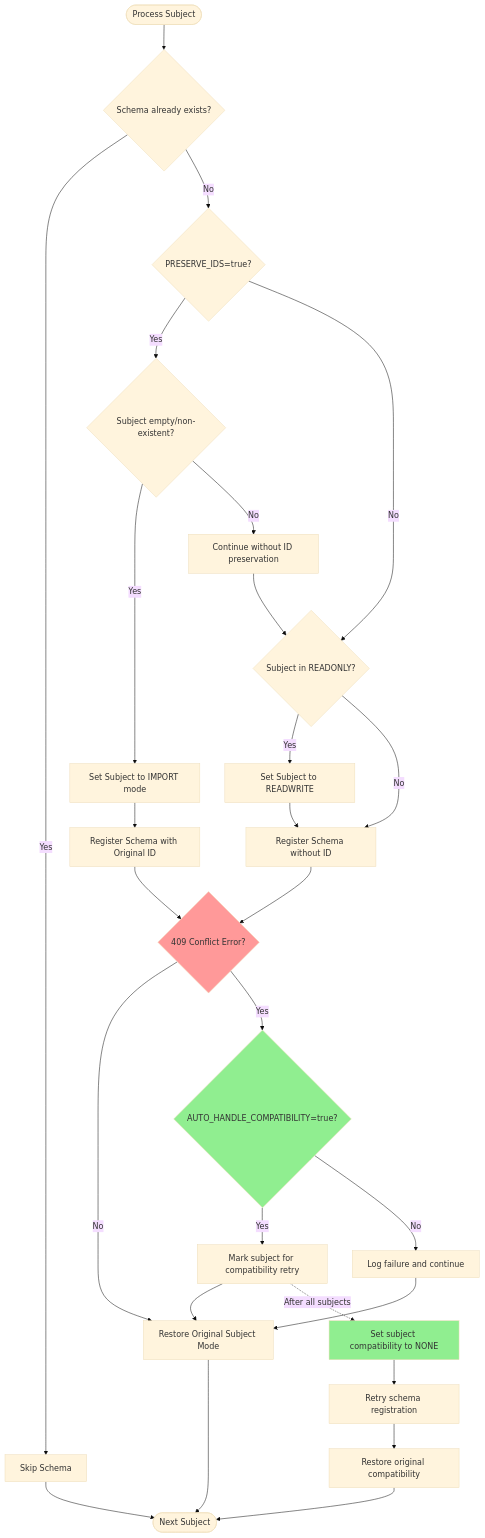
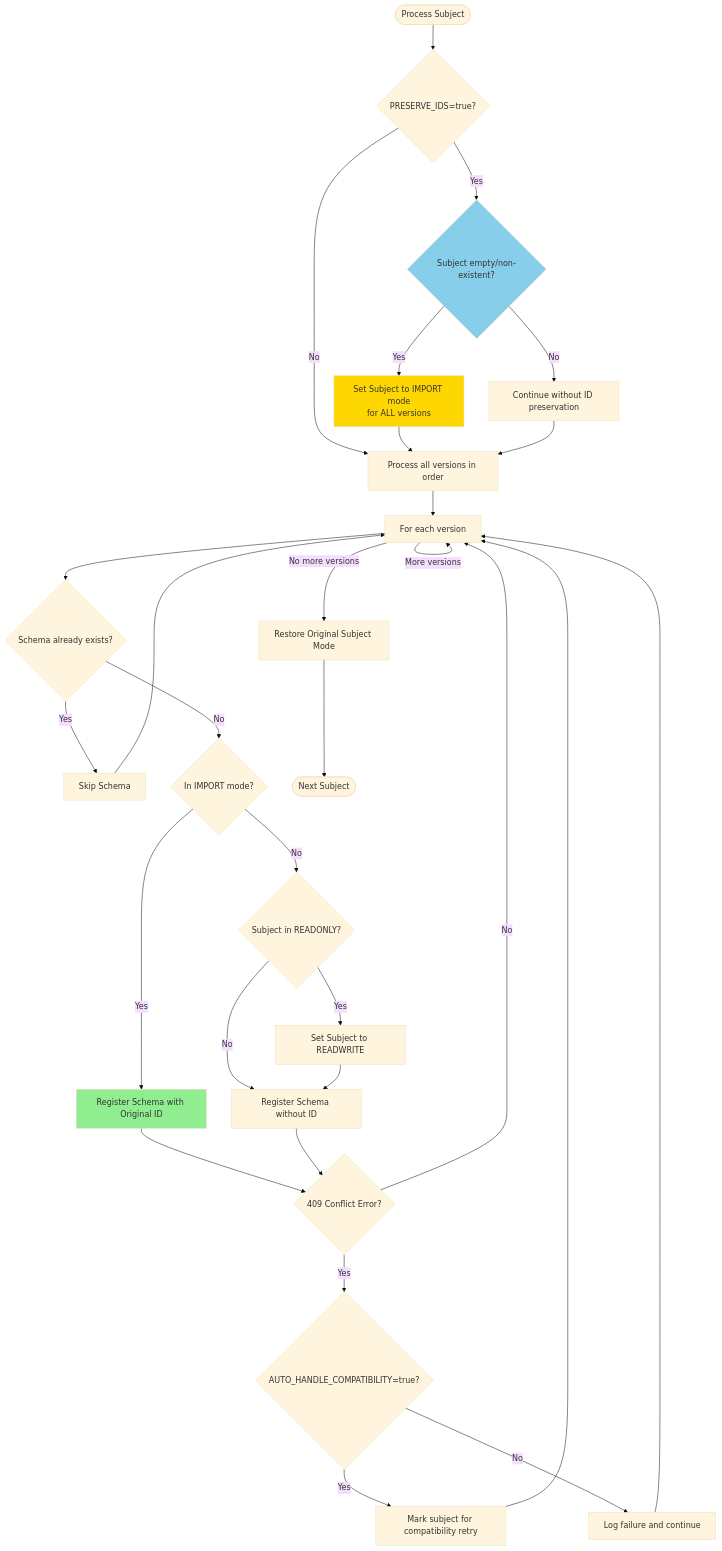
One commit to aywengo/kafka-schema-reg-migrator changed the second of 19 diagrams in migration-flow.md. Above: the diagram before and after it, drawn with Mermaid (base theme). The commit also changed other lines of this file and 1 other file, not shown here.

First line of the commit message:
Refactor schema migration logic to enhance ID preservation and mode management

````diff
--- a/migration-flow.md
+++ b/migration-flow.md
@@ -87,17 +87,22 @@
 flowchart TD
     StartSubject([Process Subject])
     
-    %% Check if schema exists
+    %% Check if subject is empty for ID preservation
+    CheckPreserveID{PRESERVE_IDS=true?}
+    CheckSubjectEmpty{Subject empty/non-existent?}
+    SetSubjectImport[Set Subject to IMPORT mode<br/>for ALL versions]
+    SkipIDPreservation[Continue without ID preservation]
+    
+    %% Process versions
+    ProcessVersions[Process all versions in order]
+    
+    %% For each version
+    ForEachVersion[For each version]
     CheckExists{Schema already exists?}
     SkipSchema[Skip Schema]
     
-    %% ID Preservation
-    CheckPreserveID{PRESERVE_IDS=true?}
-    CheckSubjectEmpty{Subject empty/non-existent?}
-    SetSubjectImport[Set Subject to IMPORT mode]
-    SkipIDPreservation[Continue without ID preservation]
-    
-    %% Mode Handling
+    %% Mode Handling (only if not in IMPORT)
+    CheckImportMode{In IMPORT mode?}
     CheckReadOnly{Subject in READONLY?}
     SetReadWrite[Set Subject to READWRITE]
     
@@ -114,26 +119,26 @@
     %% Restore Mode
     RestoreMode[Restore Original Subject Mode]
     
-    %% Compatibility Retry Phase
-    SetCompatNone[Set subject compatibility to NONE]
-    RetryRegistration[Retry schema registration]
-    RestoreCompat[Restore original compatibility]
-    
     NextSubject([Next Subject])
     
     %% Flow
-    StartSubject --> CheckExists
-    CheckExists -->|Yes| SkipSchema
-    CheckExists -->|No| CheckPreserveID
-    SkipSchema --> NextSubject
-    
+    StartSubject --> CheckPreserveID
     CheckPreserveID -->|Yes| CheckSubjectEmpty
-    CheckPreserveID -->|No| CheckReadOnly
+    CheckPreserveID -->|No| ProcessVersions
     
     CheckSubjectEmpty -->|Yes| SetSubjectImport
     CheckSubjectEmpty -->|No| SkipIDPreservation
-    SetSubjectImport --> RegisterWithID
-    SkipIDPreservation --> CheckReadOnly
+    SetSubjectImport --> ProcessVersions
+    SkipIDPreservation --> ProcessVersions
+    
+    ProcessVersions --> ForEachVersion
+    ForEachVersion --> CheckExists
+    
+    CheckExists -->|Yes| SkipSchema
+    CheckExists -->|No| CheckImportMode
+    
+    CheckImportMode -->|Yes| RegisterWithID
+    CheckImportMode -->|No| CheckReadOnly
     
     CheckReadOnly -->|Yes| SetReadWrite
     CheckReadOnly -->|No| RegisterWithoutID
@@ -142,24 +147,22 @@
     RegisterWithID --> CheckConflict
     RegisterWithoutID --> CheckConflict
     
-    CheckConflict -->|No| RestoreMode
+    CheckConflict -->|No| ForEachVersion
     CheckConflict -->|Yes| CheckAutoCompat
     
     CheckAutoCompat -->|Yes| MarkForRetry
     CheckAutoCompat -->|No| LogFailure
     
-    MarkForRetry --> RestoreMode
-    LogFailure --> RestoreMode
+    MarkForRetry --> ForEachVersion
+    LogFailure --> ForEachVersion
+    
+    ForEachVersion -->|More versions| ForEachVersion
+    ForEachVersion -->|No more versions| RestoreMode
     
     RestoreMode --> NextSubject
+    SkipSchema --> ForEachVersion
     
-    %% Retry phase (happens after all subjects processed)
-    MarkForRetry -.->|After all subjects| SetCompatNone
-    SetCompatNone --> RetryRegistration
-    RetryRegistration --> RestoreCompat
-    RestoreCompat --> NextSubject
-    
-    style CheckConflict fill:#ff9999
-    style CheckAutoCompat fill:#90EE90
-    style SetCompatNone fill:#90EE90
+    style SetSubjectImport fill:#ffd700
+    style CheckSubjectEmpty fill:#87CEEB
+    style RegisterWithID fill:#90EE90
 ```
````
